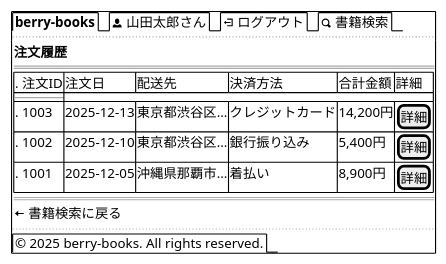
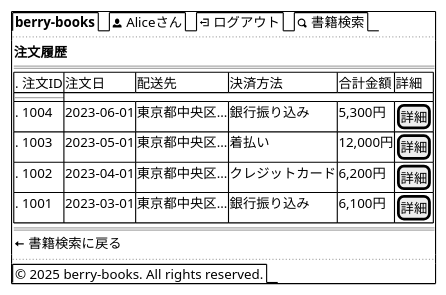
One commit to KenyaSaitoh/ai_dev_training_202512 changed the eighth of 13 diagrams in projects/java/berry-books-spec-driven/specs/wireframes.md. Above: the diagram before and after it, drawn with PlantUML. The commit also changed other lines of this file and 13 other files, not shown here.

````diff
--- a/projects/java/berry-books-spec-driven/specs/wireframes.md
+++ b/projects/java/berry-books-spec-driven/specs/wireframes.md
@@ -446,23 +446,24 @@
 ```plantuml
 @startsalt
 {+
-  {/ <b>berry-books</b> | <&person> 山田太郎さん | <&account-logout> ログアウト | <&magnifying-glass> 書籍検索 }
+  {/ <b>berry-books</b> | <&person> Aliceさん | <&account-logout> ログアウト | <&magnifying-glass> 書籍検索 }
   ..
   {
     <b>注文履歴</b>
     ==
     {#
       . 注文ID | 注文日      | 配送先           | 決済方法         | 合計金額   | 詳細
       --
-      . 1003  | 2025-12-13 | 東京都渋谷区...   | クレジットカード  | 14,200円  | [詳細]
-      . 1002  | 2025-12-10 | 東京都渋谷区...   | 銀行振り込み     | 5,400円   | [詳細]
-      . 1001  | 2025-12-05 | 沖縄県那覇市...   | 着払い          | 8,900円   | [詳細]
+      . 1004  | 2023-06-01 | 東京都中央区...   | 銀行振り込み     | 5,300円   | [詳細]
+      . 1003  | 2023-05-01 | 東京都中央区...   | 着払い          | 12,000円  | [詳細]
+      . 1002  | 2023-04-01 | 東京都中央区...   | クレジットカード  | 6,200円   | [詳細]
+      . 1001  | 2023-03-01 | 東京都中央区...   | 銀行振り込み     | 6,100円   | [詳細]
     }
     ==
     <&arrow-left> 書籍検索に戻る
   }
   ..
   {/ © 2025 berry-books. All rights reserved. }
 }
 @endsalt
 ```
````
